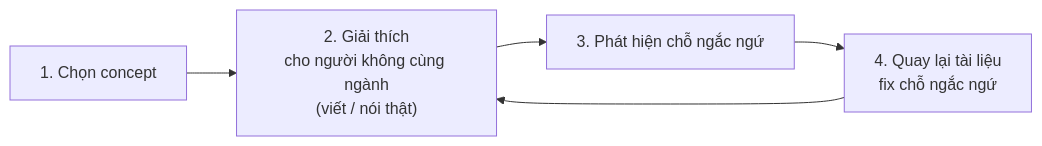
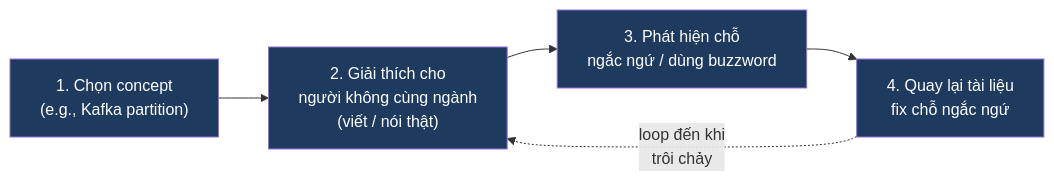
Before and after one commit to ankinguyen-engineer-2002/realtime-data-ai-platform-digital-twin: the second of 4 diagrams in learning/00-mental-models/03-know-vs-understand.md, drawn with Mermaid. The commit also changed other lines of this file and 1 other file, not shown here.

````diff
--- a/learning/00-mental-models/03-know-vs-understand.md
+++ b/learning/00-mental-models/03-know-vs-understand.md
@@ -99,7 +195,12 @@
 ```mermaid
 flowchart LR
-    F1["1. Chọn concept"] --> F2["2. Giải thích<br/>cho người không cùng ngành<br/>(viết / nói thật)"]
-    F2 --> F3["3. Phát hiện chỗ ngắc ngứ"]
-    F3 --> F4["4. Quay lại tài liệu<br/>fix chỗ ngắc ngứ"]
-    F4 --> F2
+    classDef step fill:#1e3a5f,color:#fff
+
+    F1["1. Chọn concept<br/>(e.g., Kafka partition)"]:::step
+    F2["2. Giải thích cho<br/>người không cùng ngành<br/>(viết / nói thật)"]:::step
+    F3["3. Phát hiện chỗ<br/>ngắc ngứ / dùng buzzword"]:::step
+    F4["4. Quay lại tài liệu<br/>fix chỗ ngắc ngứ"]:::step
+
+    F1 --> F2 --> F3 --> F4
+    F4 -.->|"loop đến khi<br/>trôi chảy"| F2
 ```
````
